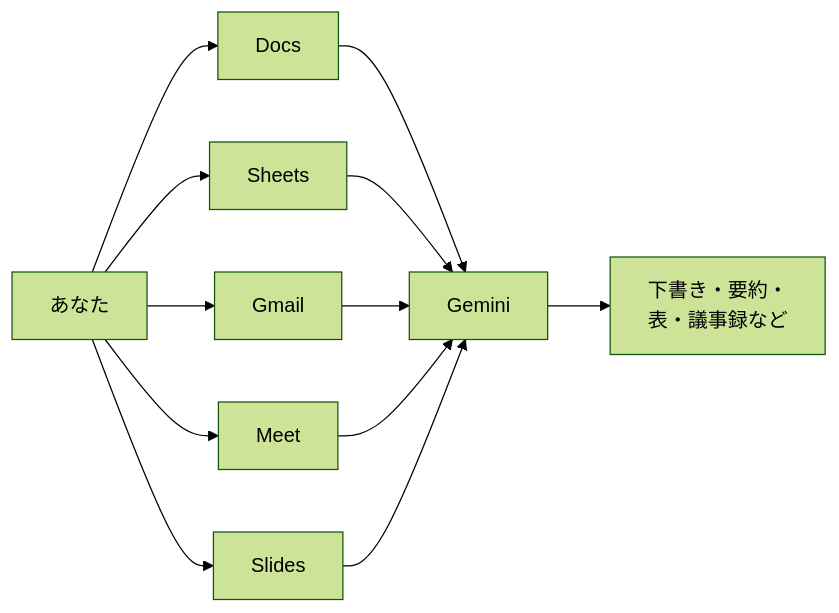
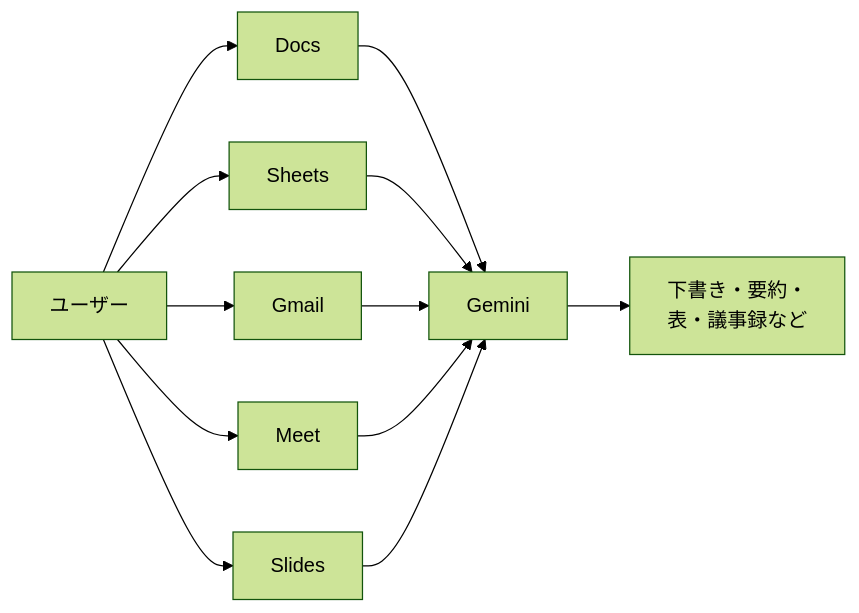
The diagram in docs/12-google-workspace-and-gemini.md (ma2saka/docs-claude-sample), drawn with Mermaid (forest theme) before and after one commit. The commit also changed other lines of this file and 2 other files, not shown here.

First line of the commit message:
docs: 装飾語「ざっくり」と12章mermaid図の二人称「あなた」の章間取りこぼしを中立化 (#155)

````diff
--- a/docs/12-google-workspace-and-gemini.md
+++ b/docs/12-google-workspace-and-gemini.md
@@ -17,14 +17,14 @@
 ```mermaid
 flowchart LR
-    U[あなた] --> D[Docs]
+    U[ユーザー] --> D[Docs]
     U --> S[Sheets]
     U --> G[Gmail]
     U --> M[Meet]
     U --> P[Slides]
     D --> GM[Gemini]
     S --> GM
     G --> GM
     M --> GM
     P --> GM
     GM --> R[下書き・要約・<br/>表・議事録など]
 ```
````
